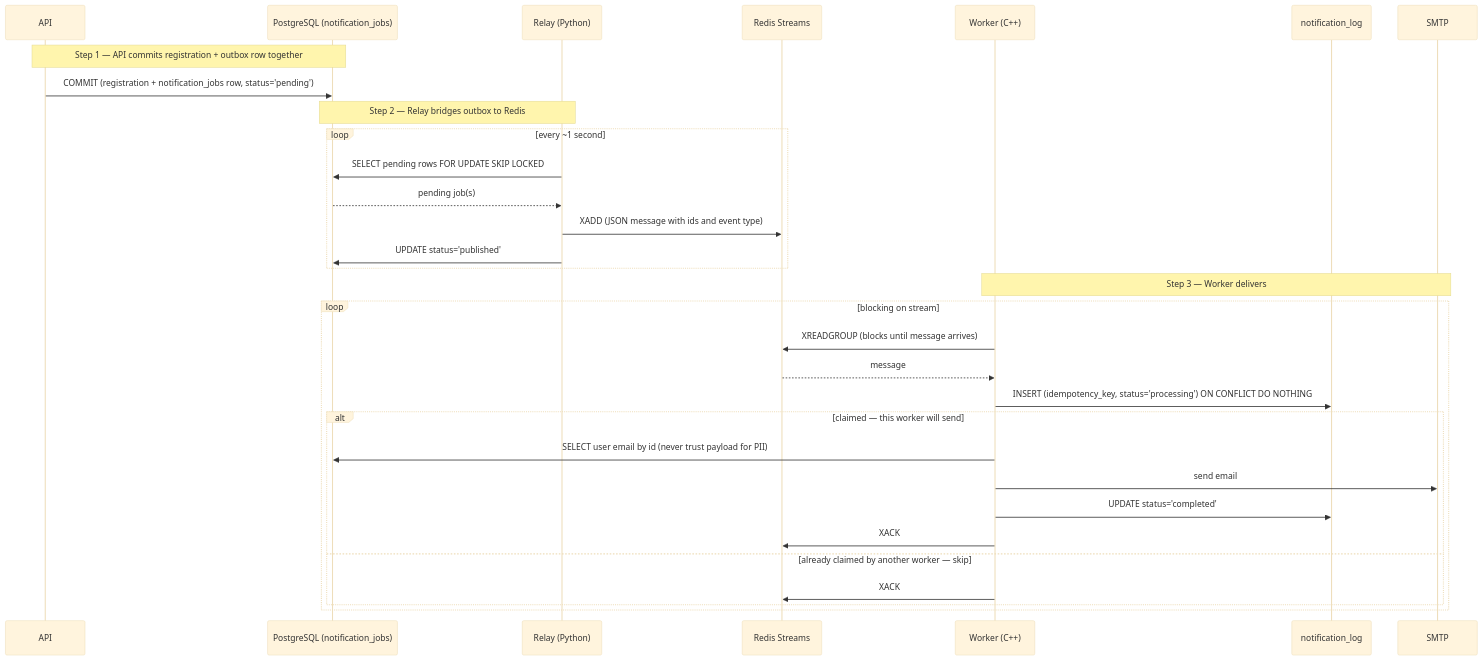
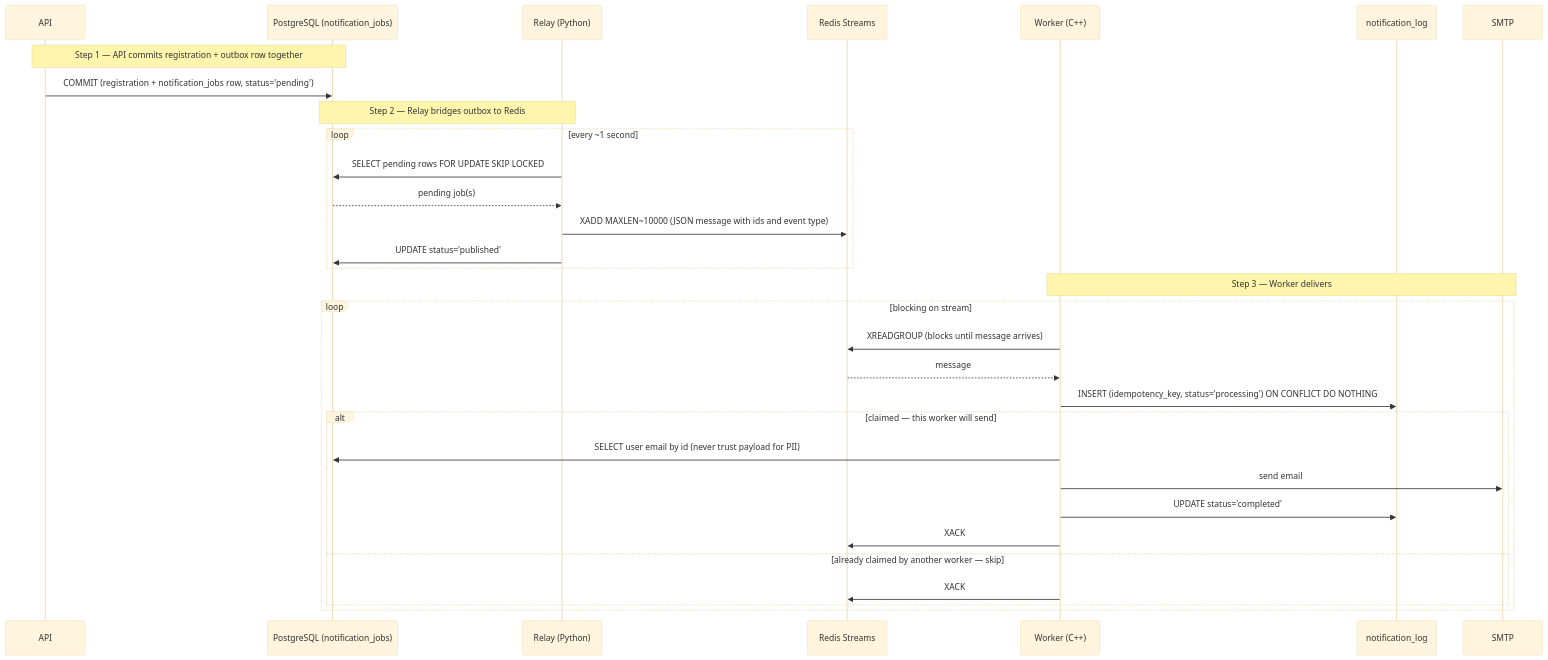
One commit to hefest2026/hefest-docs changed the fifth of 8 diagrams in docs/superpowers/specs/2026-06-16-backend-architecture-design.md. Above: the diagram before and after it, drawn with Mermaid (base theme). The commit also changed other lines of this file, not shown here.

````diff
--- a/docs/superpowers/specs/2026-06-16-backend-architecture-design.md
+++ b/docs/superpowers/specs/2026-06-16-backend-architecture-design.md
@@ -343,36 +353,36 @@
 ```mermaid
 sequenceDiagram
     participant API
     participant PG as PostgreSQL (notification_jobs)
     participant Relay as Relay (Python)
     participant Redis as Redis Streams
     participant Worker as Worker (C++)
     participant Log as notification_log
     participant SMTP
 
     Note over API,PG: Step 1 — API commits registration + outbox row together
     API->>PG: COMMIT (registration + notification_jobs row, status='pending')
 
     Note over Relay,PG: Step 2 — Relay bridges outbox to Redis
     loop every ~1 second
         Relay->>PG: SELECT pending rows FOR UPDATE SKIP LOCKED
         PG-->>Relay: pending job(s)
-        Relay->>Redis: XADD (JSON message with ids and event type)
+        Relay->>Redis: XADD MAXLEN~10000 (JSON message with ids and event type)
         Relay->>PG: UPDATE status='published'
     end
 
     Note over Worker,SMTP: Step 3 — Worker delivers
     loop blocking on stream
         Worker->>Redis: XREADGROUP (blocks until message arrives)
         Redis-->>Worker: message
         Worker->>Log: INSERT (idempotency_key, status='processing') ON CONFLICT DO NOTHING
         alt claimed — this worker will send
             Worker->>PG: SELECT user email by id (never trust payload for PII)
             Worker->>SMTP: send email
             Worker->>Log: UPDATE status='completed'
             Worker->>Redis: XACK
         else already claimed by another worker — skip
             Worker->>Redis: XACK
         end
     end
 ```
````
